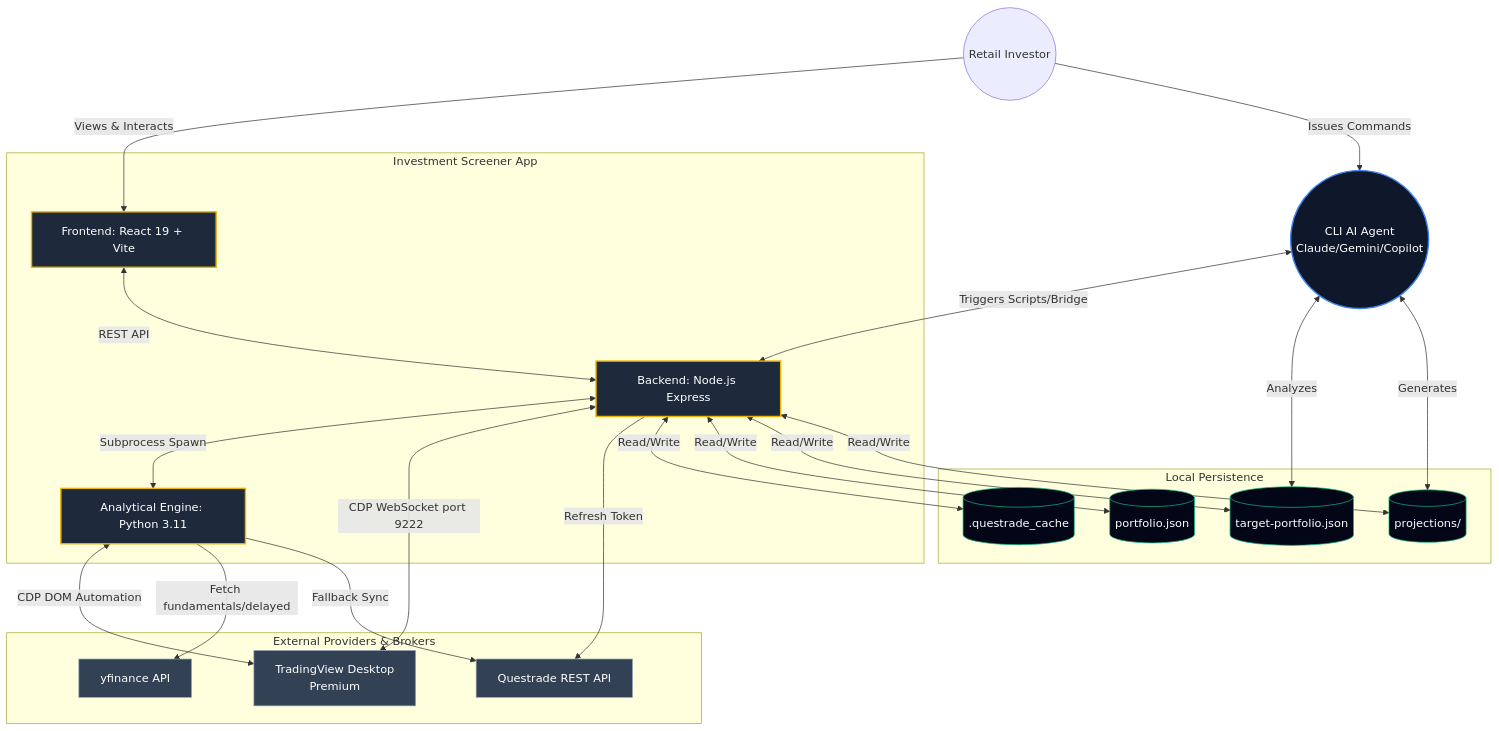
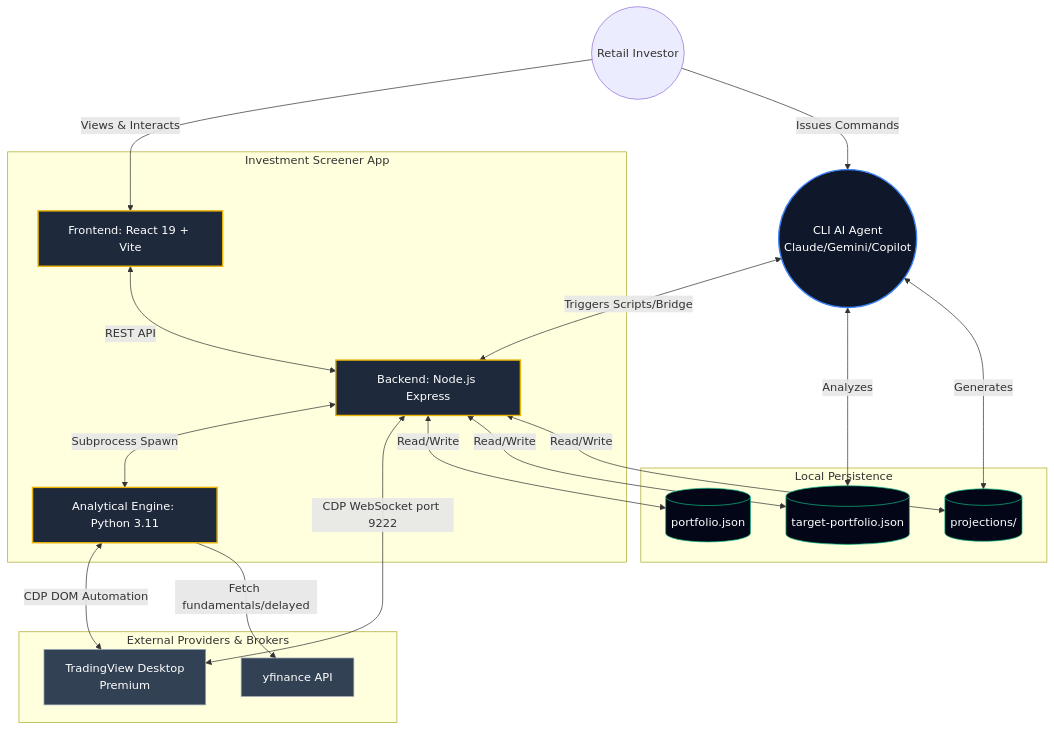
The first of 2 diagrams in docs/architecture/README.md (richfrem/InvestmentToolkit), drawn with Mermaid before and after one commit. The commit also changed other lines of this file and 50 other files, not shown here.

````diff
--- a/docs/architecture/README.md
+++ b/docs/architecture/README.md
@@ -28,65 +27,60 @@
 ```mermaid
 graph TD
     %% Core Users
     User((Retail Investor))
     AIAgent((CLI AI Agent\nClaude/Gemini/Copilot))
 
     %% Frontend & Backend
     subgraph "Investment Screener App"
         UI[Frontend: React 19 + Vite]
         Backend[Backend: Node.js Express]
         PyLayer[Analytical Engine: Python 3.11]
         
         UI <-->|REST API| Backend
         Backend <-->|Subprocess Spawn| PyLayer
     end
 
     %% Data & Execution Sources
     subgraph "External Providers & Brokers"
         TV[TradingView Desktop\nPremium]
         YF[yfinance API]
-        QT[Questrade REST API]
     end
 
     %% State & Data
     subgraph "Local Persistence"
         PortfolioDB[(portfolio.json)]
         TargetDB[(target-portfolio.json)]
         ProjectionsDB[(projections/)]
-        Cache[(.questrade_cache)]
     end
 
     %% Interactions
     User -->|Views & Interacts| UI
     User -->|Issues Commands| AIAgent
 
     %% TV Integration
     Backend <-->|CDP WebSocket port 9222| TV
     PyLayer <-->|CDP DOM Automation| TV
 
     %% External Data
     PyLayer -->|Fetch fundamentals/delayed| YF
-    PyLayer -->|Fallback Sync| QT
-    Backend -->|Refresh Token| QT
-    Backend <-->|Read/Write| Cache
 
     %% Local DB access
     Backend <-->|Read/Write| PortfolioDB
     Backend <-->|Read/Write| TargetDB
     Backend <-->|Read/Write| ProjectionsDB
 
     %% Agent Interactions
     AIAgent <-->|Triggers Scripts/Bridge| Backend
     AIAgent <-->|Analyzes| TargetDB
     AIAgent <-->|Generates| ProjectionsDB
 
     classDef core fill:#1e293b,stroke:#eab308,stroke-width:2px,color:#fff;
     classDef agent fill:#0f172a,stroke:#3b82f6,stroke-width:2px,color:#fff;
     classDef external fill:#334155,stroke:#94a3b8,stroke-width:1px,color:#fff;
     classDef db fill:#020617,stroke:#10b981,stroke-width:1px,color:#fff;
 
     class UI,Backend,PyLayer core;
     class AIAgent agent;
-    class TV,YF,QT external;
-    class PortfolioDB,TargetDB,ProjectionsDB,Cache db;
+    class TV,YF external;
+    class PortfolioDB,TargetDB,ProjectionsDB db;
 ```
````
